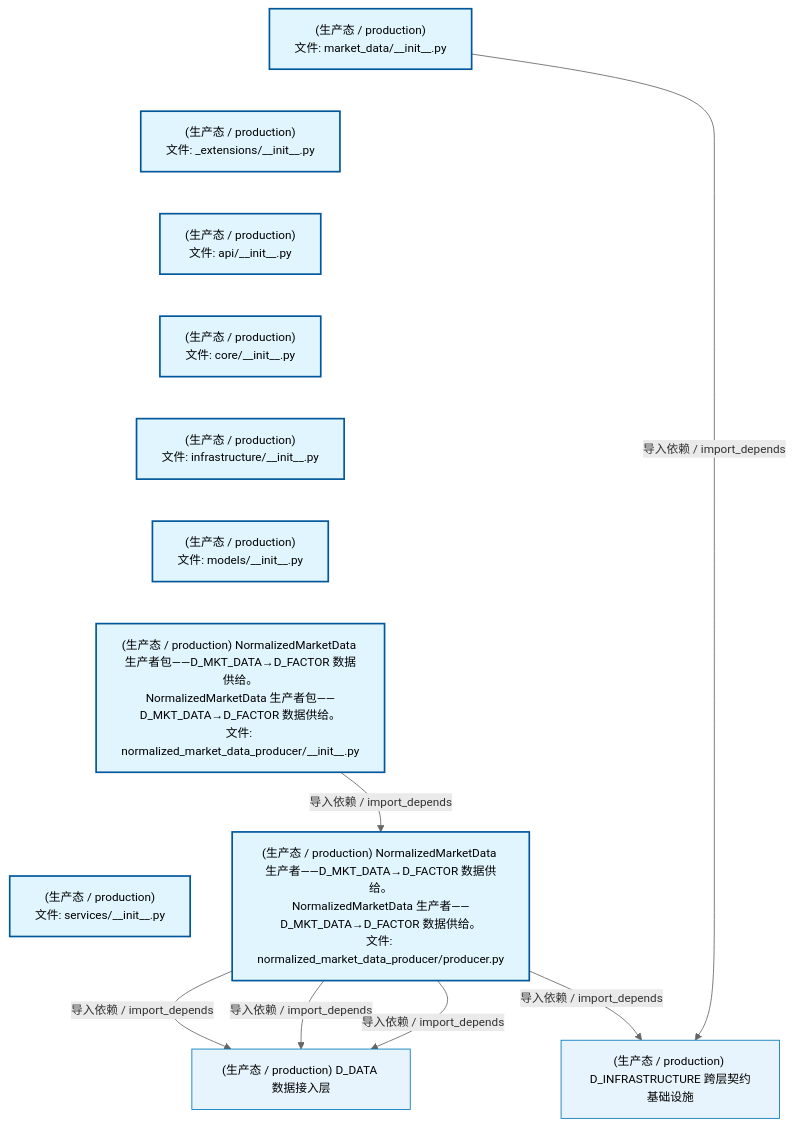
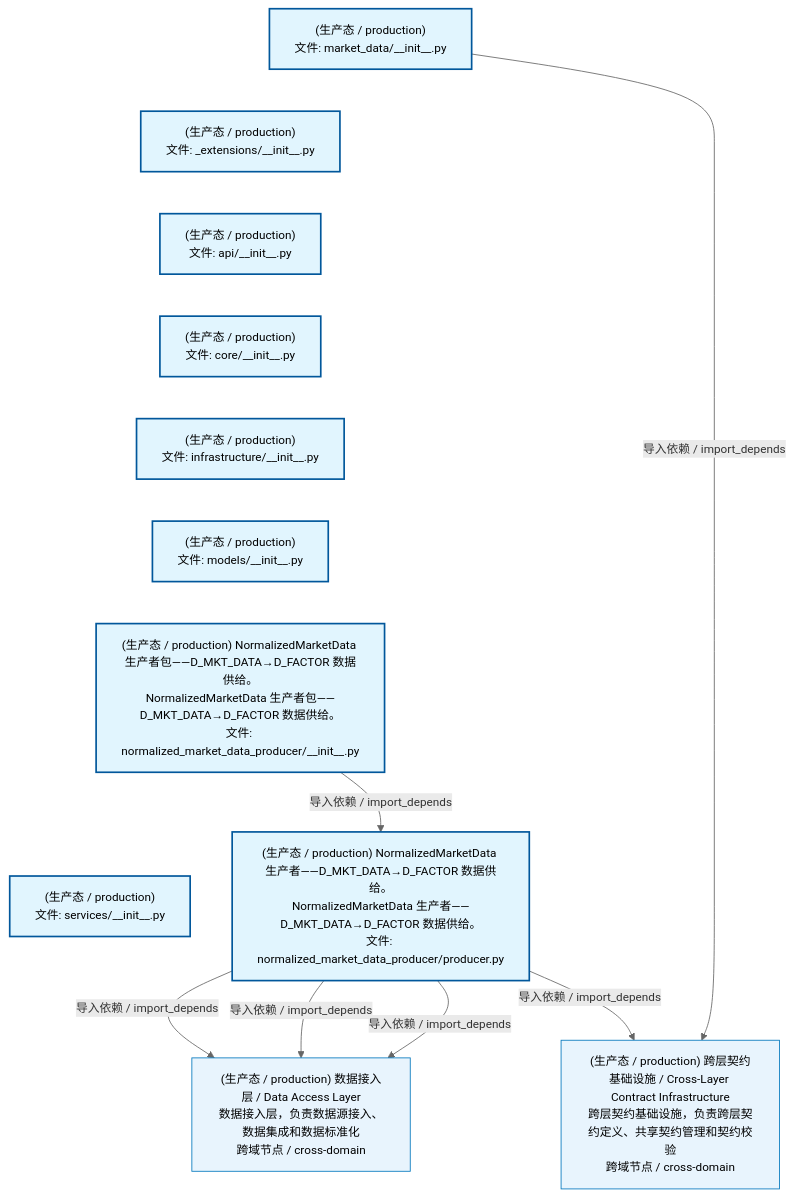
The first of 2 diagrams in docs/02_enterprise_architecture/02_domain_architecture_docs/23_d_mkt_data.md (xuanFelixVan/ZephyrAlpha), drawn with Mermaid before and after one commit. The commit also changed other lines of this file and 77 other files, not shown here.

````diff
--- a/docs/02_enterprise_architecture/02_domain_architecture_docs/23_d_mkt_data.md
+++ b/docs/02_enterprise_architecture/02_domain_architecture_docs/23_d_mkt_data.md
@@ -53,34 +53,34 @@
 ```mermaid
 %%{init: {'theme': 'base', 'themeVariables': {'primaryColor': '#eaeaea', 'primaryTextColor': '#333333', 'primaryBorderColor': '#666666', 'lineColor': '#666666', 'secondaryColor': '#eaeaea', 'tertiaryColor': '#eaeaea', 'fontSize': '14px'}}}%%
 flowchart TD
     src_zephyr_market_data_init_py["(生产态 / production)<br/>文件: market_data/__init__.py"]
     src_zephyr_market_data_extensions_init_py["(生产态 / production)<br/>文件: _extensions/__init__.py"]
     src_zephyr_market_data_api_init_py["(生产态 / production)<br/>文件: api/__init__.py"]
     src_zephyr_market_data_core_init_py["(生产态 / production)<br/>文件: core/__init__.py"]
     src_zephyr_market_data_infrastructure_init_py["(生产态 / production)<br/>文件: infrastructure/__init__.py"]
     src_zephyr_market_data_models_init_py["(生产态 / production)<br/>文件: models/__init__.py"]
     src_zephyr_market_data_normalized_market_data_producer_init_py["(生产态 / production) NormalizedMarketData 生产者包——D_MKT_DATA→D_FACTOR 数据供给。<br/>NormalizedMarketData 生产者包——D_MKT_DATA→D_FACTOR 数据供给。<br/>文件: normalized_market_data_producer/__init__.py"]
     src_zephyr_market_data_services_init_py["(生产态 / production)<br/>文件: services/__init__.py"]
     src_zephyr_market_data_init_py ~~~ src_zephyr_market_data_extensions_init_py
     src_zephyr_market_data_extensions_init_py ~~~ src_zephyr_market_data_api_init_py
     src_zephyr_market_data_api_init_py ~~~ src_zephyr_market_data_core_init_py
     src_zephyr_market_data_core_init_py ~~~ src_zephyr_market_data_infrastructure_init_py
     src_zephyr_market_data_infrastructure_init_py ~~~ src_zephyr_market_data_models_init_py
     src_zephyr_market_data_models_init_py ~~~ src_zephyr_market_data_normalized_market_data_producer_init_py
     src_zephyr_market_data_normalized_market_data_producer_init_py ~~~ src_zephyr_market_data_services_init_py
     src_zephyr_market_data_normalized_market_data_producer_producer_py["(生产态 / production) NormalizedMarketData 生产者——D_MKT_DATA→D_FACTOR 数据供给。<br/>NormalizedMarketData 生产者——D_MKT_DATA→D_FACTOR 数据供给。<br/>文件: normalized_market_data_producer/producer.py"]
     src_zephyr_market_data_normalized_market_data_producer_init_py -->|导入依赖 / import_depends| src_zephyr_market_data_normalized_market_data_producer_producer_py
-    D_DATA["(生产态 / production) D_DATA 数据接入层"]
+    D_DATA["(生产态 / production) 数据接入层 / Data Access Layer<br/>数据接入层，负责数据源接入、数据集成和数据标准化<br/>跨域节点 / cross-domain"]
     src_zephyr_market_data_normalized_market_data_producer_producer_py -->|导入依赖 / import_depends| D_DATA
     src_zephyr_market_data_normalized_market_data_producer_producer_py -->|导入依赖 / import_depends| D_DATA
     src_zephyr_market_data_normalized_market_data_producer_producer_py -->|导入依赖 / import_depends| D_DATA
-    D_INFRASTRUCTURE["(生产态 / production) D_INFRASTRUCTURE 跨层契约基础设施"]
+    D_INFRASTRUCTURE["(生产态 / production) 跨层契约基础设施 / Cross-Layer Contract Infrastructure<br/>跨层契约基础设施，负责跨层契约定义、共享契约管理和契约校验<br/>跨域节点 / cross-domain"]
     src_zephyr_market_data_normalized_market_data_producer_producer_py -->|导入依赖 / import_depends| D_INFRASTRUCTURE
     src_zephyr_market_data_init_py -->|导入依赖 / import_depends| D_INFRASTRUCTURE
     classDef production fill:#e1f5fe,stroke:#01579b,stroke-width:2px,color:#000
     classDef design fill:#fff3e0,stroke:#e65100,stroke-width:2px,color:#000,stroke-dasharray: 5 5
     classDef external_prod fill:#e8f4fd,stroke:#0277bd,stroke-width:1px,color:#000
     classDef external_design fill:#fff8e7,stroke:#ef6c00,stroke-width:1px,color:#000,stroke-dasharray: 5 5
     class src_zephyr_market_data_init_py,src_zephyr_market_data_extensions_init_py,src_zephyr_market_data_api_init_py,src_zephyr_market_data_core_init_py,src_zephyr_market_data_infrastructure_init_py,src_zephyr_market_data_models_init_py,src_zephyr_market_data_normalized_market_data_producer_init_py,src_zephyr_market_data_normalized_market_data_producer_producer_py,src_zephyr_market_data_services_init_py production
     class D_DATA,D_INFRASTRUCTURE external_prod
 ```
````
